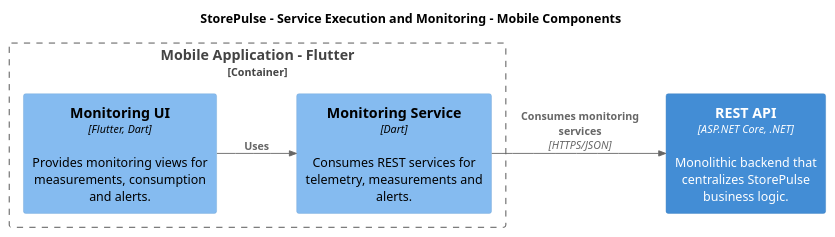
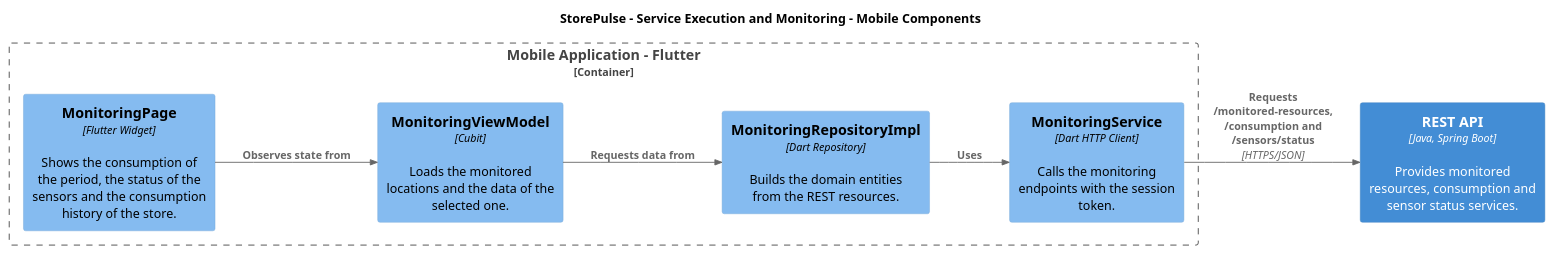
One commit to VanguardTechIot/storepulse-report changed the diagram in assets/architecture/service-execution-monitoring/02-service-monitoring-mobile-component.puml. Above: the diagram before and after it, drawn with PlantUML. The commit also changed 6 other files, not shown here.

Commit message:
docs(monitoring): update service execution and monitoring section

```diff
--- a/assets/architecture/service-execution-monitoring/02-service-monitoring-mobile-component.puml
+++ b/assets/architecture/service-execution-monitoring/02-service-monitoring-mobile-component.puml
@@ -1,25 +1,33 @@
 @startuml storepulse-service-monitoring-mobile-component
 
 !include https://raw.githubusercontent.com/plantuml-stdlib/C4-PlantUML/master/C4_Component.puml
 
 LAYOUT_LEFT_RIGHT()
 HIDE_STEREOTYPE()
 skinparam shadowing false
 skinparam defaultFontName Arial
 
 title StorePulse - Service Execution and Monitoring - Mobile Components
 
 Container_Boundary(mobileApp, "Mobile Application - Flutter") {
 
-    Component(monitoringUI, "Monitoring UI", "Flutter, Dart", "Provides monitoring views for measurements, consumption and alerts.")
+    Component(monitoringPage, "MonitoringPage", "Flutter Widget", "Shows the consumption of the period, the status of the sensors and the consumption history of the store.")
 
-    Component(monitoringService, "Monitoring Service", "Dart", "Consumes REST services for telemetry, measurements and alerts.")
+    Component(monitoringViewModel, "MonitoringViewModel", "Cubit", "Loads the monitored locations and the data of the selected one.")
+
+    Component(monitoringRepository, "MonitoringRepositoryImpl", "Dart Repository", "Builds the domain entities from the REST resources.")
+
+    Component(monitoringService, "MonitoringService", "Dart HTTP Client", "Calls the monitoring endpoints with the session token.")
 }
 
-Container(restApi, "REST API", "ASP.NET Core, .NET", "Monolithic backend that centralizes StorePulse business logic.")
+Container(restApi, "REST API", "Java, Spring Boot", "Provides monitored resources, consumption and sensor status services.")
 
-Rel(monitoringUI, monitoringService, "Uses")
+Rel(monitoringPage, monitoringViewModel, "Observes state from")
 
-Rel(monitoringService, restApi, "Consumes monitoring services", "HTTPS/JSON")
+Rel(monitoringViewModel, monitoringRepository, "Requests data from")
+
+Rel(monitoringRepository, monitoringService, "Uses")
+
+Rel(monitoringService, restApi, "Requests /monitored-resources, /consumption and /sensors/status", "HTTPS/JSON")
 
 @enduml
```
